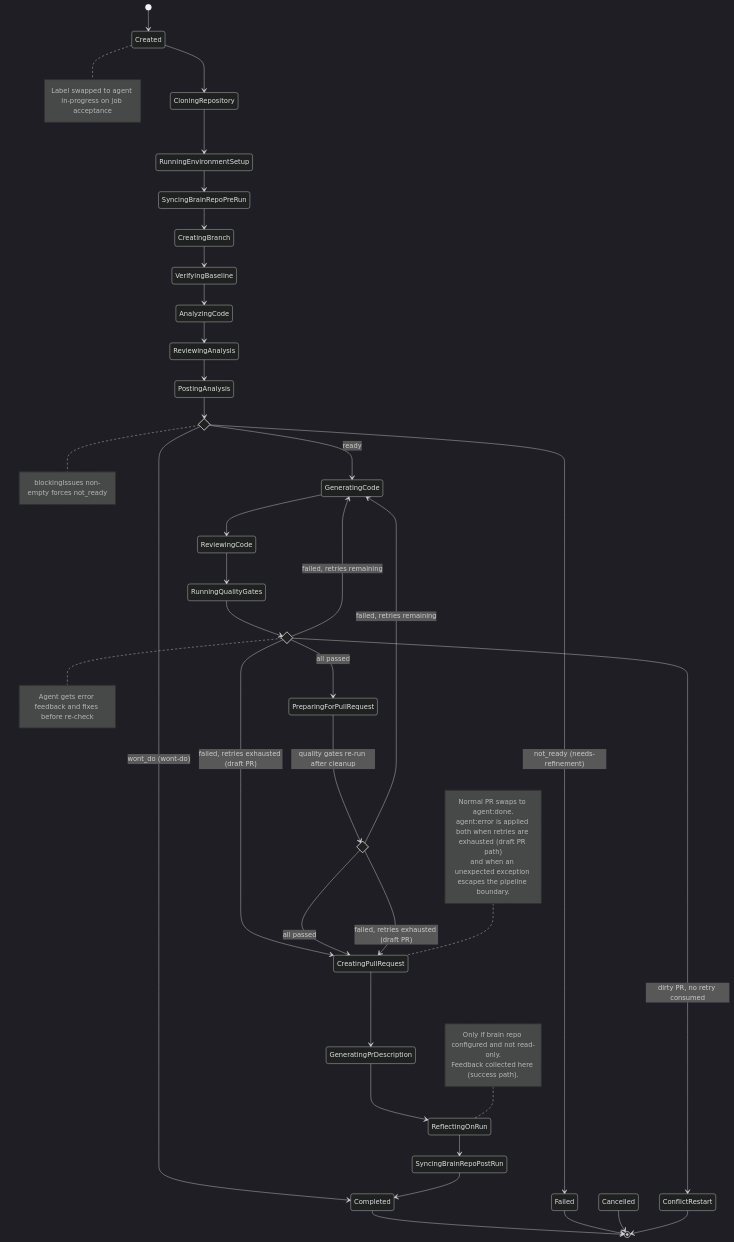
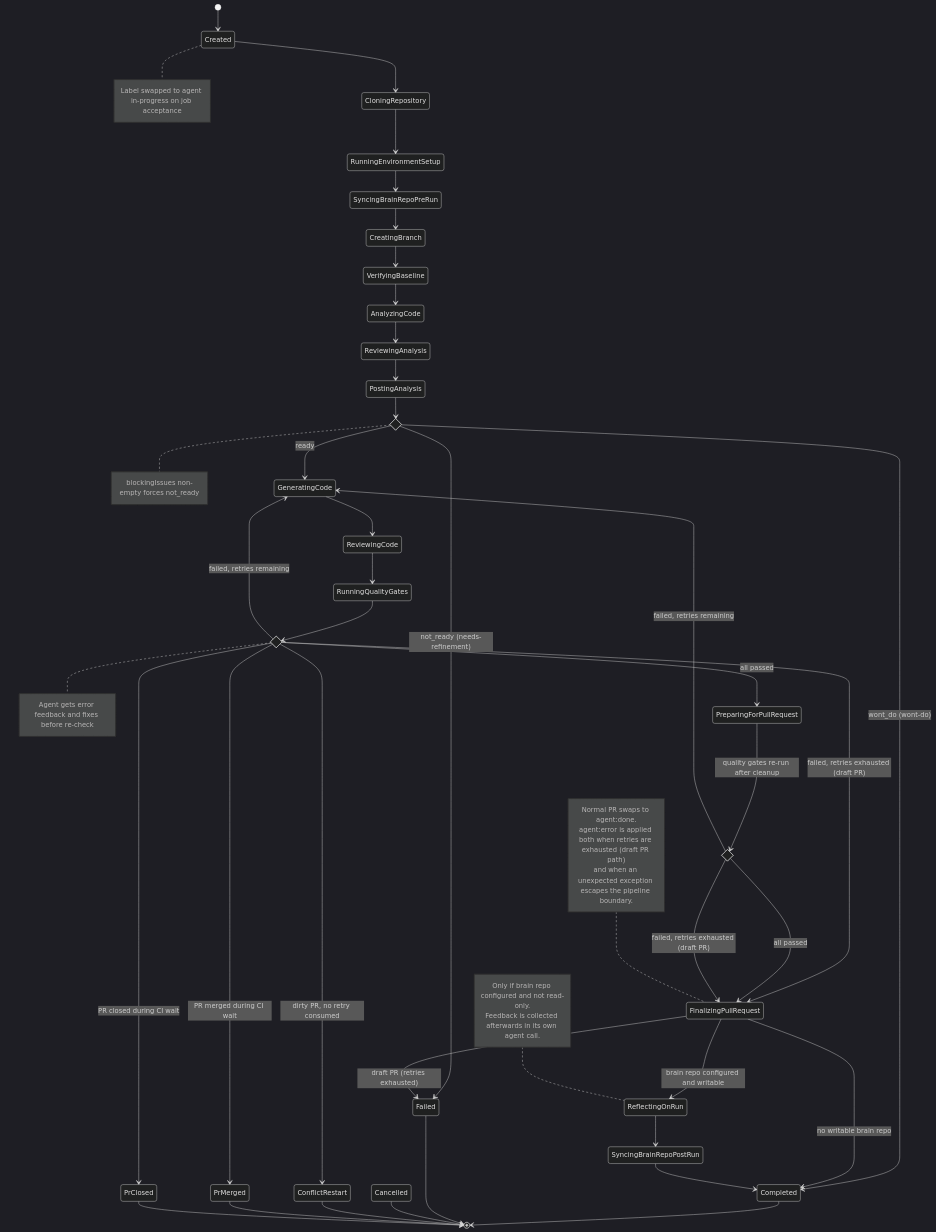
Before and after one commit to Chemsorly/coding-agent-automation: the first of 9 diagrams in docs/pipeline-orchestration.md, drawn with Mermaid (dark theme). The commit also changed other lines of this file, not shown here.

````diff
--- a/docs/pipeline-orchestration.md
+++ b/docs/pipeline-orchestration.md
@@ -49,64 +49,69 @@
 ```mermaid
 stateDiagram-v2
     direction TB
 
     [*] --> Created
     Created --> CloningRepository
     CloningRepository --> RunningEnvironmentSetup
     RunningEnvironmentSetup --> SyncingBrainRepoPreRun
     SyncingBrainRepoPreRun --> CreatingBranch
     CreatingBranch --> VerifyingBaseline
     VerifyingBaseline --> AnalyzingCode
     AnalyzingCode --> ReviewingAnalysis
     ReviewingAnalysis --> PostingAnalysis
 
     state ConfidenceGate <<choice>>
     PostingAnalysis --> ConfidenceGate
     ConfidenceGate --> GeneratingCode : ready
     ConfidenceGate --> Failed : not_ready (needs-refinement)
     ConfidenceGate --> Completed : wont_do (wont-do)
     GeneratingCode --> ReviewingCode
     ReviewingCode --> RunningQualityGates
 
     state QualityGateDecision <<choice>>
     RunningQualityGates --> QualityGateDecision
     QualityGateDecision --> PreparingForPullRequest : all passed
     QualityGateDecision --> GeneratingCode : failed, retries remaining
-    QualityGateDecision --> CreatingPullRequest : failed, retries exhausted (draft PR)
+    QualityGateDecision --> FinalizingPullRequest : failed, retries exhausted (draft PR)
     QualityGateDecision --> ConflictRestart : dirty PR, no retry consumed
+    QualityGateDecision --> PrMerged : PR merged during CI wait
+    QualityGateDecision --> PrClosed : PR closed during CI wait
 
     state FinalQualityCheck <<choice>>
     PreparingForPullRequest --> FinalQualityCheck : quality gates re-run after cleanup
-    FinalQualityCheck --> CreatingPullRequest : all passed
+    FinalQualityCheck --> FinalizingPullRequest : all passed
     FinalQualityCheck --> GeneratingCode : failed, retries remaining
-    FinalQualityCheck --> CreatingPullRequest : failed, retries exhausted (draft PR)
+    FinalQualityCheck --> FinalizingPullRequest : failed, retries exhausted (draft PR)
 
-    CreatingPullRequest --> GeneratingPrDescription
-    GeneratingPrDescription --> ReflectingOnRun
+    FinalizingPullRequest --> ReflectingOnRun : brain repo configured and writable
+    FinalizingPullRequest --> Completed : no writable brain repo
+    FinalizingPullRequest --> Failed : draft PR (retries exhausted)
     ReflectingOnRun --> SyncingBrainRepoPostRun
     SyncingBrainRepoPostRun --> Completed
 
     Completed --> [*]
     Failed --> [*]
     Cancelled --> [*]
     ConflictRestart --> [*]
+    PrMerged --> [*]
+    PrClosed --> [*]
 
     note right of Created
         Label swapped to agent in-progress on job acceptance
     end note
     note right of ConfidenceGate
         blockingIssues non-empty forces not_ready
     end note
     note right of QualityGateDecision
         Agent gets error feedback and fixes before re-check
     end note
-    note left of CreatingPullRequest
+    note left of FinalizingPullRequest
         Normal PR swaps to agent:done.
         agent:error is applied both when retries are exhausted (draft PR path)
         and when an unexpected exception escapes the pipeline boundary.
     end note
     note left of ReflectingOnRun
         Only if brain repo configured and not read-only.
-        Feedback collected here (success path).
+        Feedback is collected afterwards in its own agent call.
     end note
 ```
````
